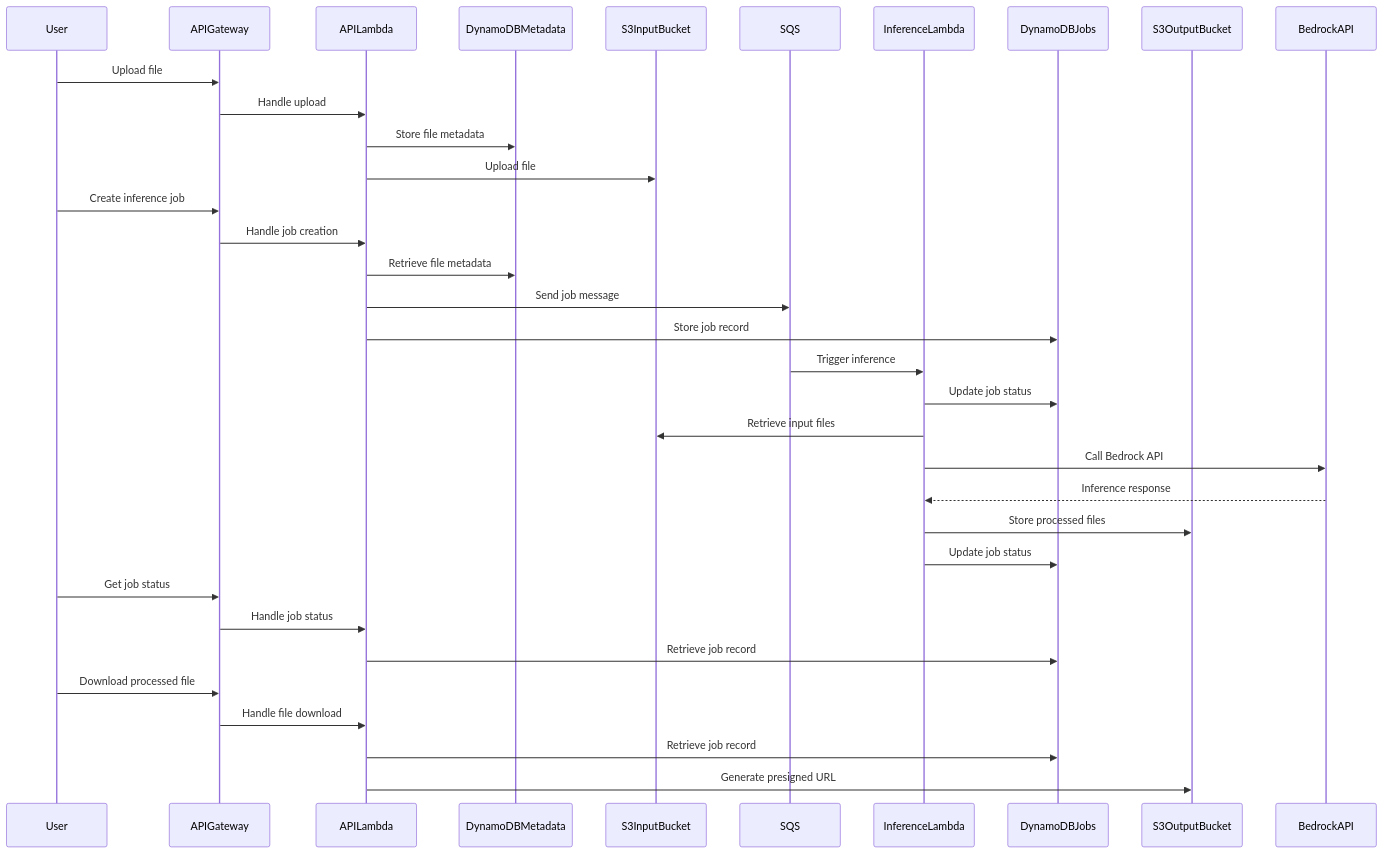
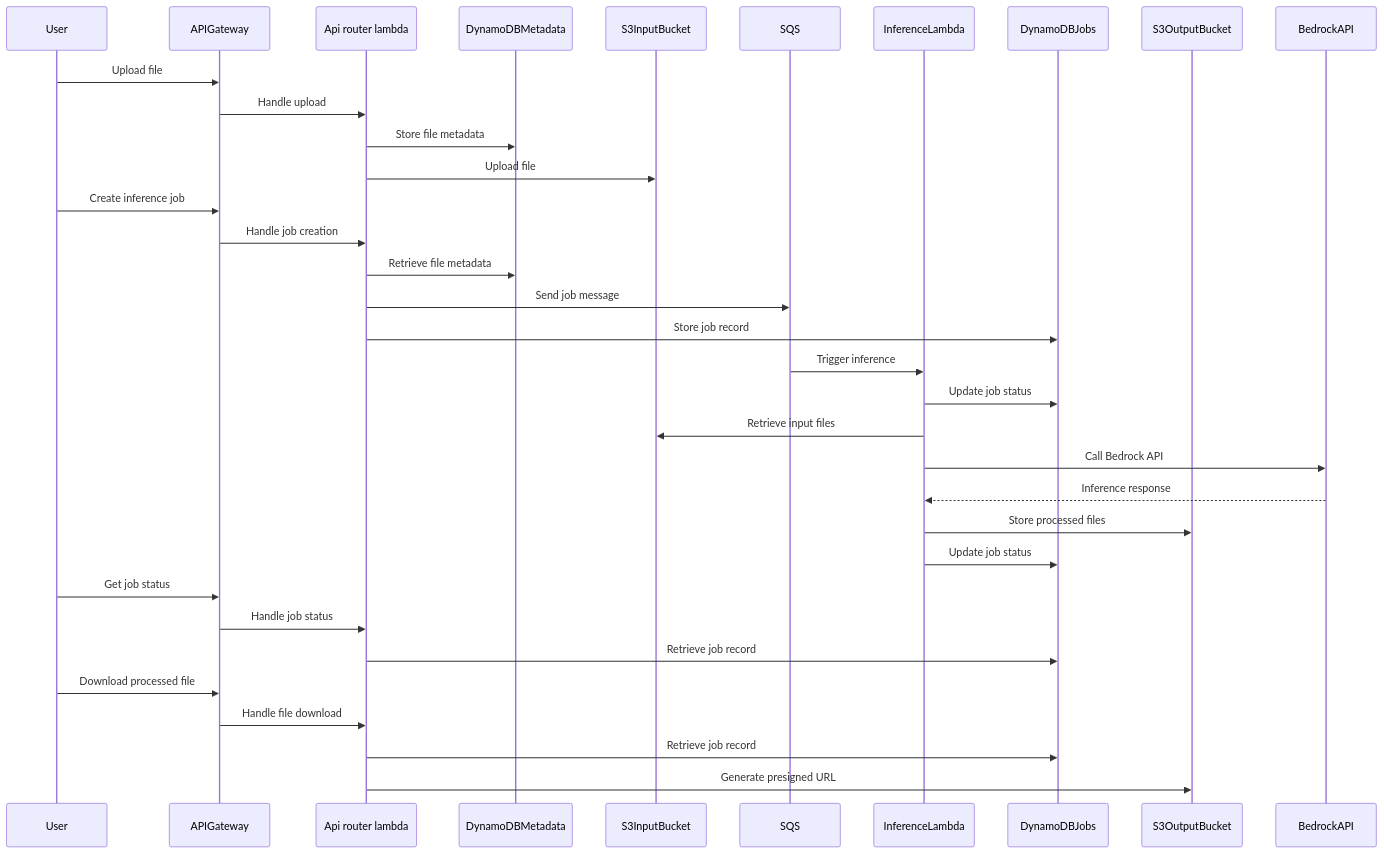
Before and after one commit to FloRul/leviocloud-testgen-arq-iac: the diagram in README.md, drawn with Mermaid. The commit also changed other lines of this file and 3 other files, not shown here.

````diff
--- a/README.md
+++ b/README.md
@@ -50,37 +50,37 @@
 ```mermaid
 sequenceDiagram
     participant User
     participant APIGateway
-    participant APILambda
+    participant Api router lambda
     participant DynamoDBMetadata
     participant S3InputBucket
     participant SQS
     participant InferenceLambda
     participant DynamoDBJobs
     participant S3OutputBucket
     participant BedrockAPI
 
     User->>APIGateway: Upload file
-    APIGateway->>APILambda: Handle upload
-    APILambda->>DynamoDBMetadata: Store file metadata
-    APILambda->>S3InputBucket: Upload file
+    APIGateway->>Api router lambda: Handle upload
+    Api router lambda->>DynamoDBMetadata: Store file metadata
+    Api router lambda->>S3InputBucket: Upload file
     User->>APIGateway: Create inference job
-    APIGateway->>APILambda: Handle job creation
-    APILambda->>DynamoDBMetadata: Retrieve file metadata
-    APILambda->>SQS: Send job message
-    APILambda->>DynamoDBJobs: Store job record
+    APIGateway->>Api router lambda: Handle job creation
+    Api router lambda->>DynamoDBMetadata: Retrieve file metadata
+    Api router lambda->>SQS: Send job message
+    Api router lambda->>DynamoDBJobs: Store job record
     SQS->>InferenceLambda: Trigger inference
     InferenceLambda->>DynamoDBJobs: Update job status
     InferenceLambda->>S3InputBucket: Retrieve input files
     InferenceLambda->>BedrockAPI: Call Bedrock API
     BedrockAPI-->>InferenceLambda: Inference response
     InferenceLambda->>S3OutputBucket: Store processed files
     InferenceLambda->>DynamoDBJobs: Update job status
     User->>APIGateway: Get job status
-    APIGateway->>APILambda: Handle job status
-    APILambda->>DynamoDBJobs: Retrieve job record
+    APIGateway->>Api router lambda: Handle job status
+    Api router lambda->>DynamoDBJobs: Retrieve job record
     User->>APIGateway: Download processed file
-    APIGateway->>APILambda: Handle file download
-    APILambda->>DynamoDBJobs: Retrieve job record
-    APILambda->>S3OutputBucket: Generate presigned URL
+    APIGateway->>Api router lambda: Handle file download
+    Api router lambda->>DynamoDBJobs: Retrieve job record
+    Api router lambda->>S3OutputBucket: Generate presigned URL
 ```
````
